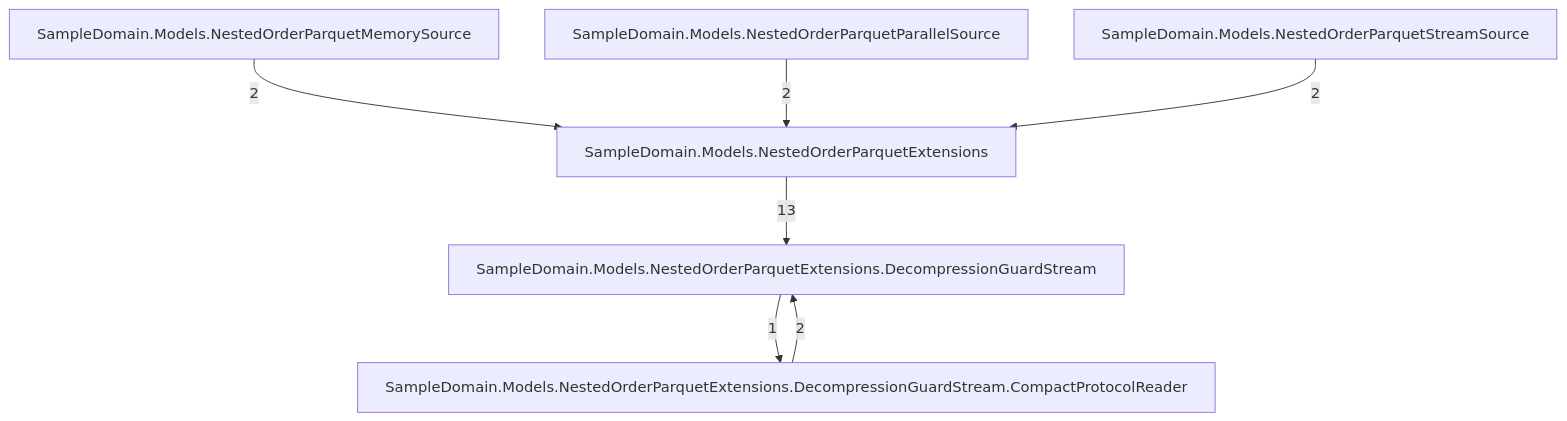
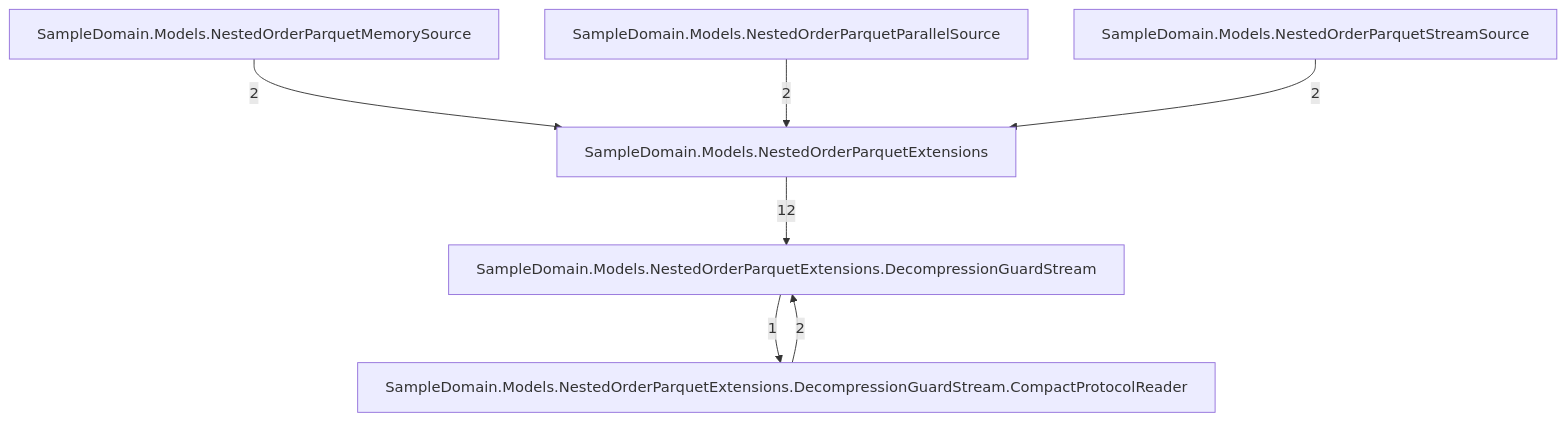
Before and after one commit to rtkelly13/Parquet.SourceGenerator: the third of 7 diagrams in docs/callgraph-generated.md, drawn with Mermaid. The commit also changed other lines of this file and 109 other files, not shown here.

````diff
--- a/docs/callgraph-generated.md
+++ b/docs/callgraph-generated.md
@@ -42,15 +42,15 @@
 ```mermaid
 graph TD
     tsampledomainmodelsnestedorderparquetextensions_048["SampleDomain.Models.NestedOrderParquetExtensions"]
     tsampledomainmodelsnestedorderparquetextensionsdecompressionguardstream_073["SampleDomain.Models.NestedOrderParquetExtensions.DecompressionGuardStream"]
     tsampledomainmodelsnestedorderparquetextensionsdecompressionguardstreamcompactprotocolreader_095["SampleDomain.Models.NestedOrderParquetExtensions.DecompressionGuardStream.CompactProtocolReader"]
     tsampledomainmodelsnestedorderparquetmemorysource_050["SampleDomain.Models.NestedOrderParquetMemorySource"]
     tsampledomainmodelsnestedorderparquetparallelsource_052["SampleDomain.Models.NestedOrderParquetParallelSource"]
     tsampledomainmodelsnestedorderparquetstreamsource_050["SampleDomain.Models.NestedOrderParquetStreamSource"]
     tsampledomainmodelsnestedorderparquetextensionsdecompressionguardstreamcompactprotocolreader_095 -->|2| tsampledomainmodelsnestedorderparquetextensionsdecompressionguardstream_073
     tsampledomainmodelsnestedorderparquetextensionsdecompressionguardstream_073 -->|1| tsampledomainmodelsnestedorderparquetextensionsdecompressionguardstreamcompactprotocolreader_095
-    tsampledomainmodelsnestedorderparquetextensions_048 -->|13| tsampledomainmodelsnestedorderparquetextensionsdecompressionguardstream_073
+    tsampledomainmodelsnestedorderparquetextensions_048 -->|12| tsampledomainmodelsnestedorderparquetextensionsdecompressionguardstream_073
     tsampledomainmodelsnestedorderparquetmemorysource_050 -->|2| tsampledomainmodelsnestedorderparquetextensions_048
     tsampledomainmodelsnestedorderparquetparallelsource_052 -->|2| tsampledomainmodelsnestedorderparquetextensions_048
     tsampledomainmodelsnestedorderparquetstreamsource_050 -->|2| tsampledomainmodelsnestedorderparquetextensions_048
 ```
````
